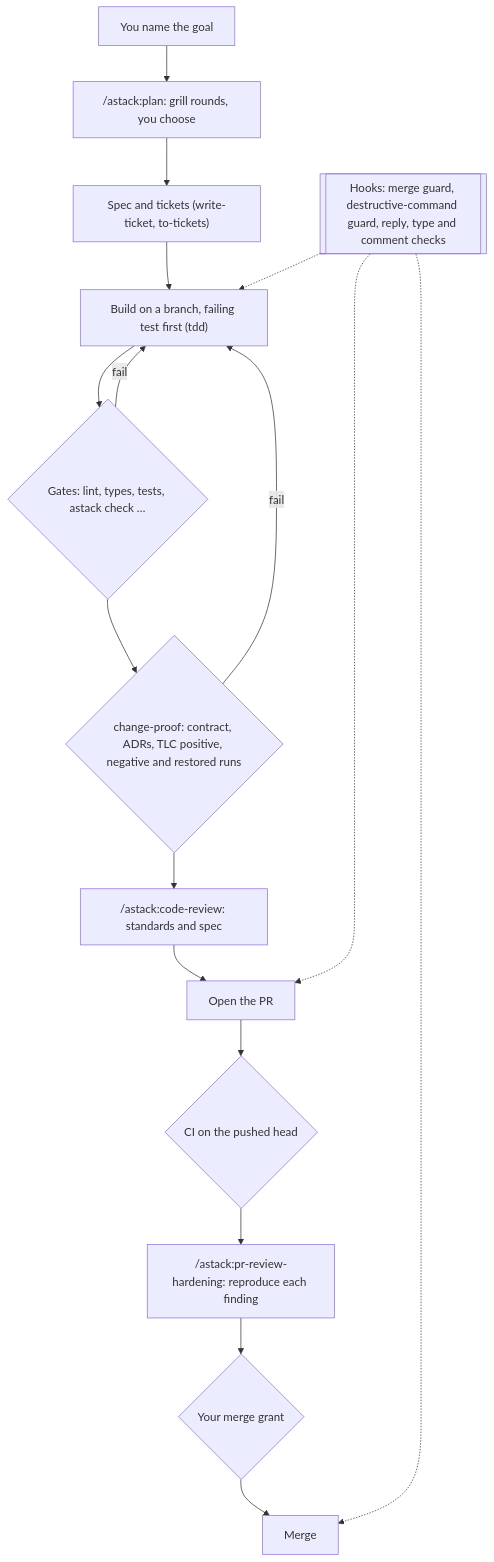
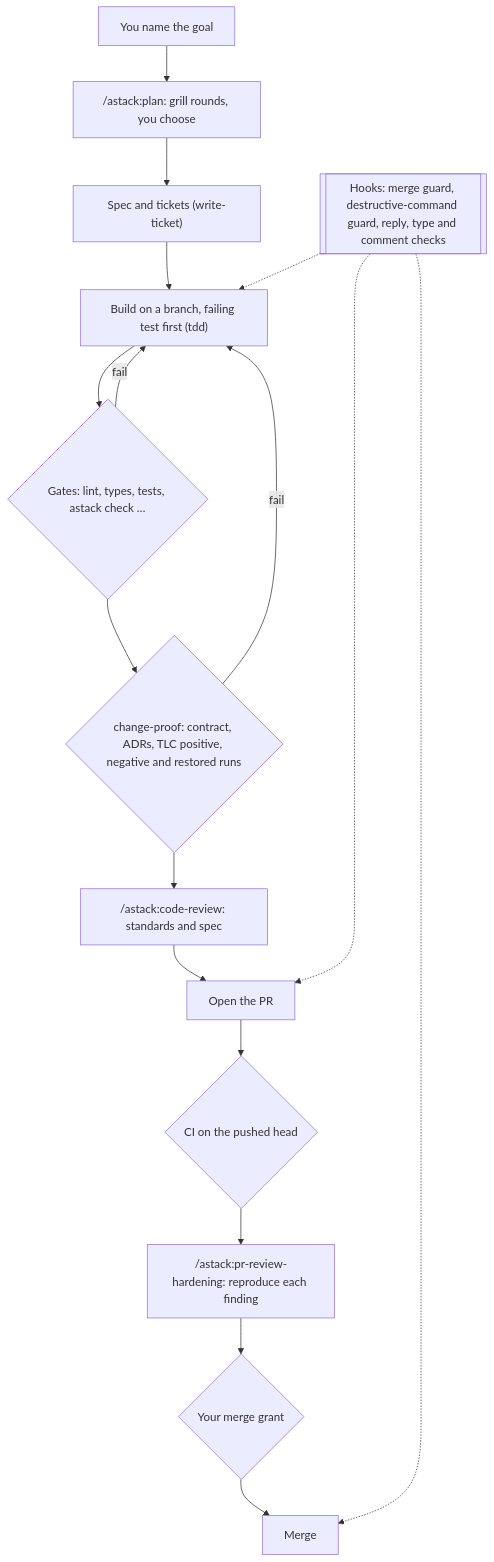
One commit to vahaah/astack changed the diagram in docs/charts/checked-path.mmd. Above: the diagram before and after it, drawn with Mermaid. The commit also changed 93 other files, not shown here.

First line of the commit message:
refactor(skills): B22 fold to-tickets and wayfinder into plan, which holds the slice and map rules (#41)

```diff
--- a/docs/charts/checked-path.mmd
+++ b/docs/charts/checked-path.mmd
@@ -1,17 +1,17 @@
 flowchart TD
   goal[You name the goal] --> plan["/astack:plan: grill rounds, you choose"]
-  plan --> spec["Spec and tickets (write-ticket, to-tickets)"]
+  plan --> spec["Spec and tickets (write-ticket)"]
   spec --> build["Build on a branch, failing test first (tdd)"]
   build --> gates{"Gates: lint, types, tests, astack check …"}
   gates -->|fail| build
   gates --> proof{"change-proof: contract, ADRs, TLC positive, negative and restored runs"}
   proof -->|fail| build
   proof --> review["/astack:code-review: standards and spec"]
   review --> pr[Open the PR]
   pr --> ci{CI on the pushed head}
   ci --> harden["/astack:pr-review-hardening: reproduce each finding"]
   harden --> grant{Your merge grant}
   grant --> merge[Merge]
   hooks[["Hooks: merge guard, destructive-command guard, reply, type and comment checks"]] -.-> build
   hooks -.-> pr
   hooks -.-> merge
```
